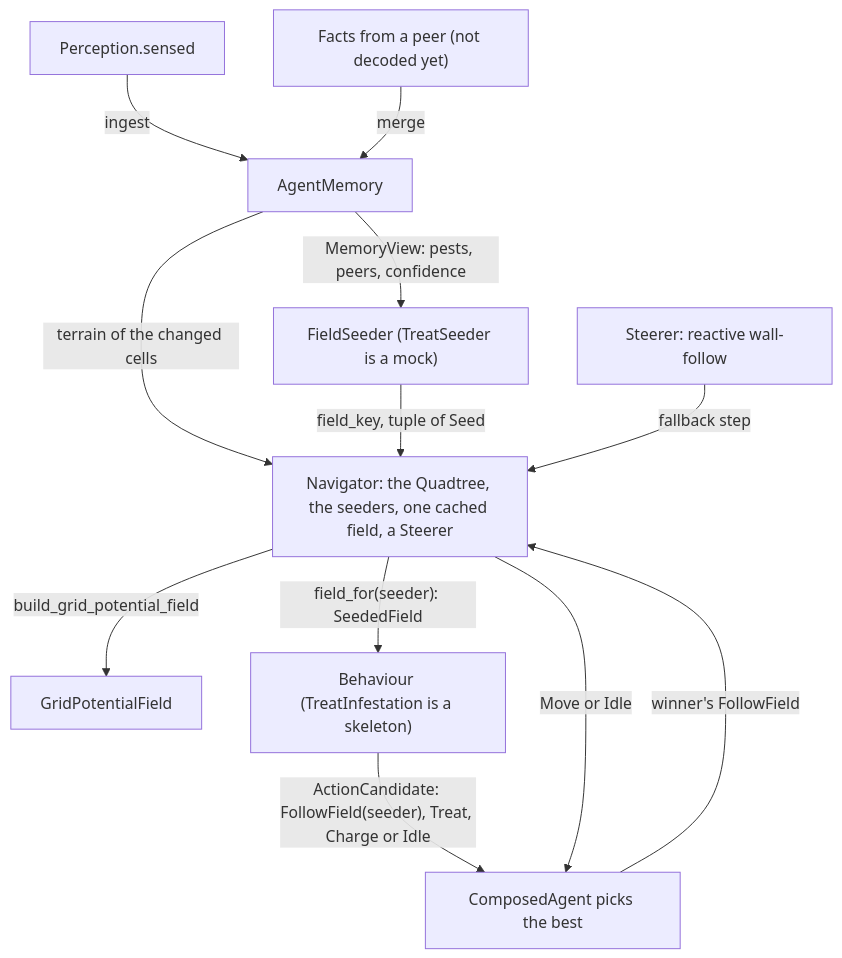
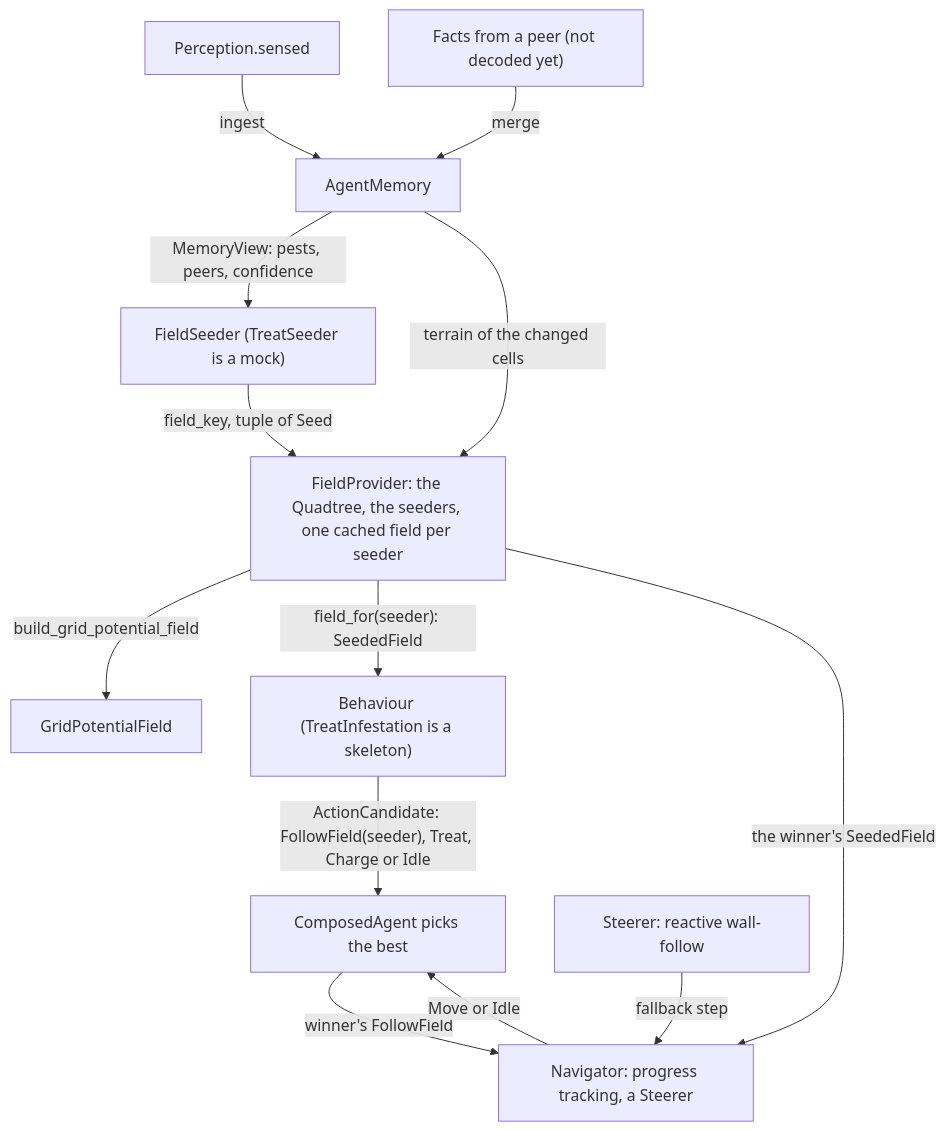
Before and after one commit to TychoGrapendaal/JIP_Swarm_Field: the first of 2 diagrams in docs/robot-memory-and-navigation.md, drawn with Mermaid. The commit also changed other lines of this file and 5 other files, not shown here.

First line of the commit message:
Document the split between the field provider and the navigator (#38)

````diff
--- a/docs/robot-memory-and-navigation.md
+++ b/docs/robot-memory-and-navigation.md
@@ -5,14 +5,15 @@
 ```mermaid
 flowchart TD
     S["Perception.sensed"] -->|ingest| M["AgentMemory"]
     P["Facts from a peer (not decoded yet)"] -->|merge| M
     M -->|"MemoryView: pests, peers, confidence"| O["FieldSeeder (TreatSeeder is a mock)"]
-    M -->|"terrain of the changed cells"| N["Navigator: the Quadtree, the seeders, one cached field, a Steerer"]
-    O -->|"field_key, tuple of Seed"| N
-    N -->|build_grid_potential_field| F["GridPotentialField"]
-    N -->|"field_for(seeder): SeededField"| H["Behaviour (TreatInfestation is a skeleton)"]
+    M -->|"terrain of the changed cells"| FP["FieldProvider: the Quadtree, the seeders, one cached field per seeder"]
+    O -->|"field_key, tuple of Seed"| FP
+    FP -->|build_grid_potential_field| F["GridPotentialField"]
+    FP -->|"field_for(seeder): SeededField"| H["Behaviour (TreatInfestation is a skeleton)"]
     H -->|"ActionCandidate: FollowField(seeder), Treat, Charge or Idle"| A["ComposedAgent picks the best"]
+    FP -->|"the winner's SeededField"| N["Navigator: progress tracking, a Steerer"]
     A -->|"winner's FollowField"| N
     ST["Steerer: reactive wall-follow"] -->|"fallback step"| N
     N -->|"Move or Idle"| A
 ```
````
